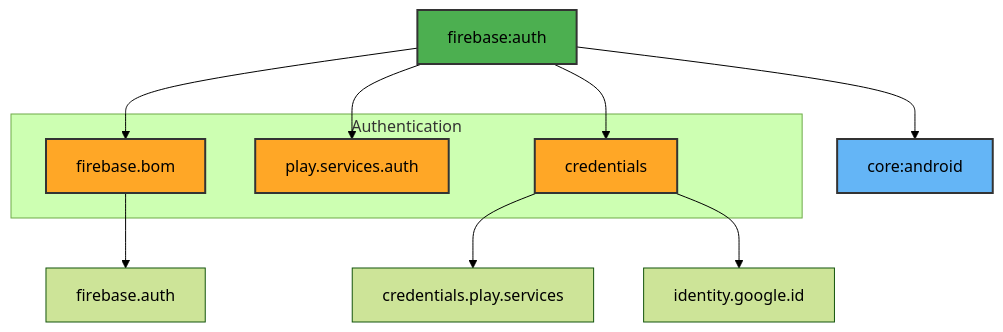
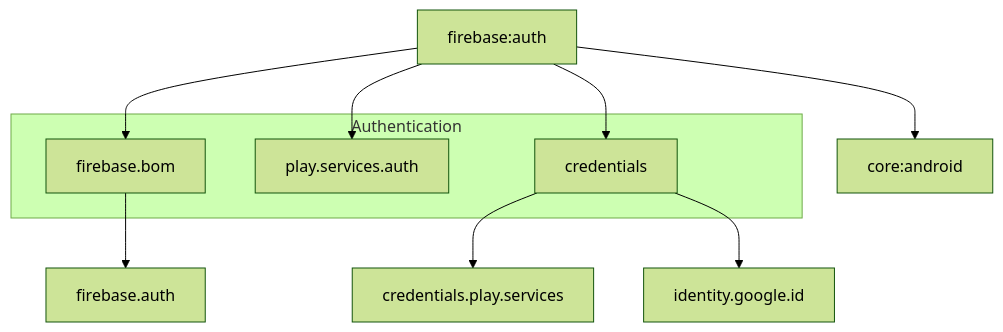
Before and after one commit to atick-faisal/Jetpack-Android-Starter: the diagram in firebase/auth/README.md, drawn with Mermaid (forest theme). The commit also changed 31 other files, not shown here.

````diff
--- a/firebase/auth/README.md
+++ b/firebase/auth/README.md
@@ -17,22 +17,16 @@
 ```mermaid
 graph TD
     A[firebase:auth] --> B[core:android]
     A --> C[firebase.bom]
     C --> D[firebase.auth]
     A --> E[play.services.auth]
     A --> F[credentials]
     F --> G[credentials.play.services]
     F --> H[identity.google.id]
 
     subgraph "Authentication"
         C
         E
         F
     end
-
-    style A fill: #4CAF50, stroke: #333, stroke-width: 2px
-    style B fill: #64B5F6, stroke: #333, stroke-width: 2px
-    style C fill: #FFA726, stroke: #333, stroke-width: 2px
-    style E fill: #FFA726, stroke: #333, stroke-width: 2px
-    style F fill: #FFA726, stroke: #333, stroke-width: 2px
 ```
````
